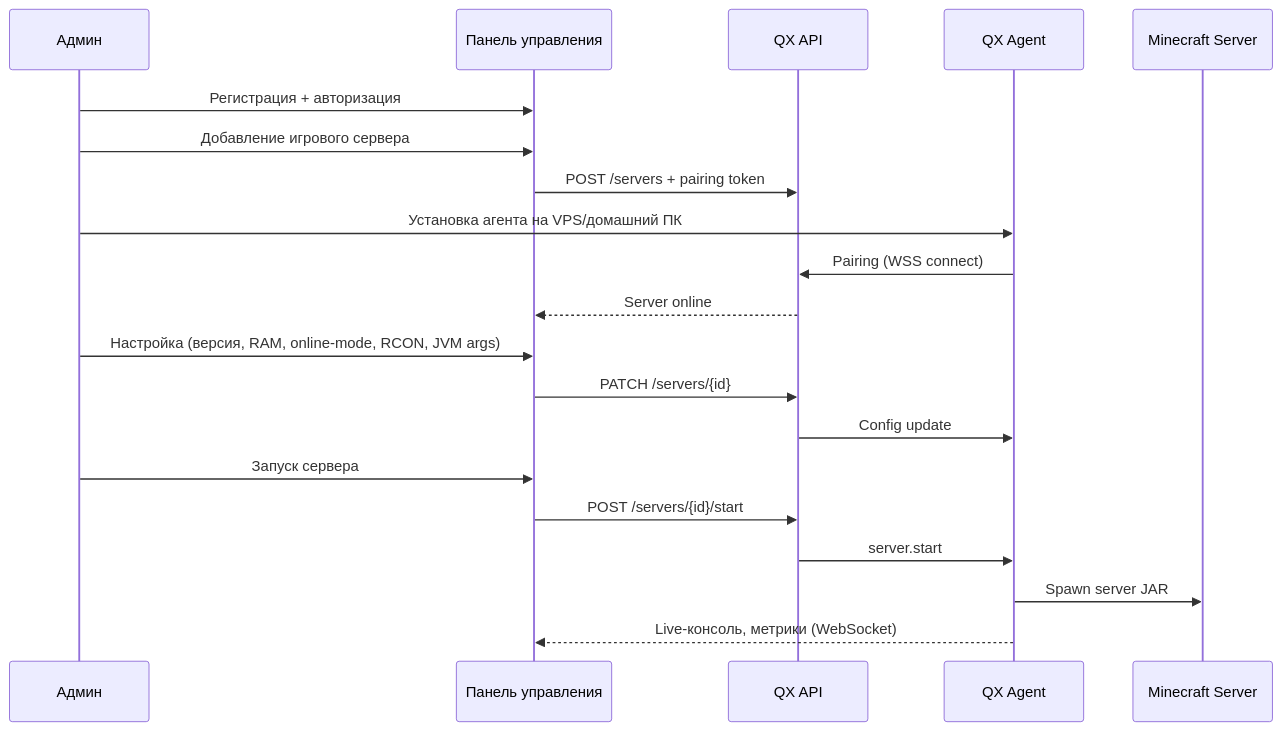
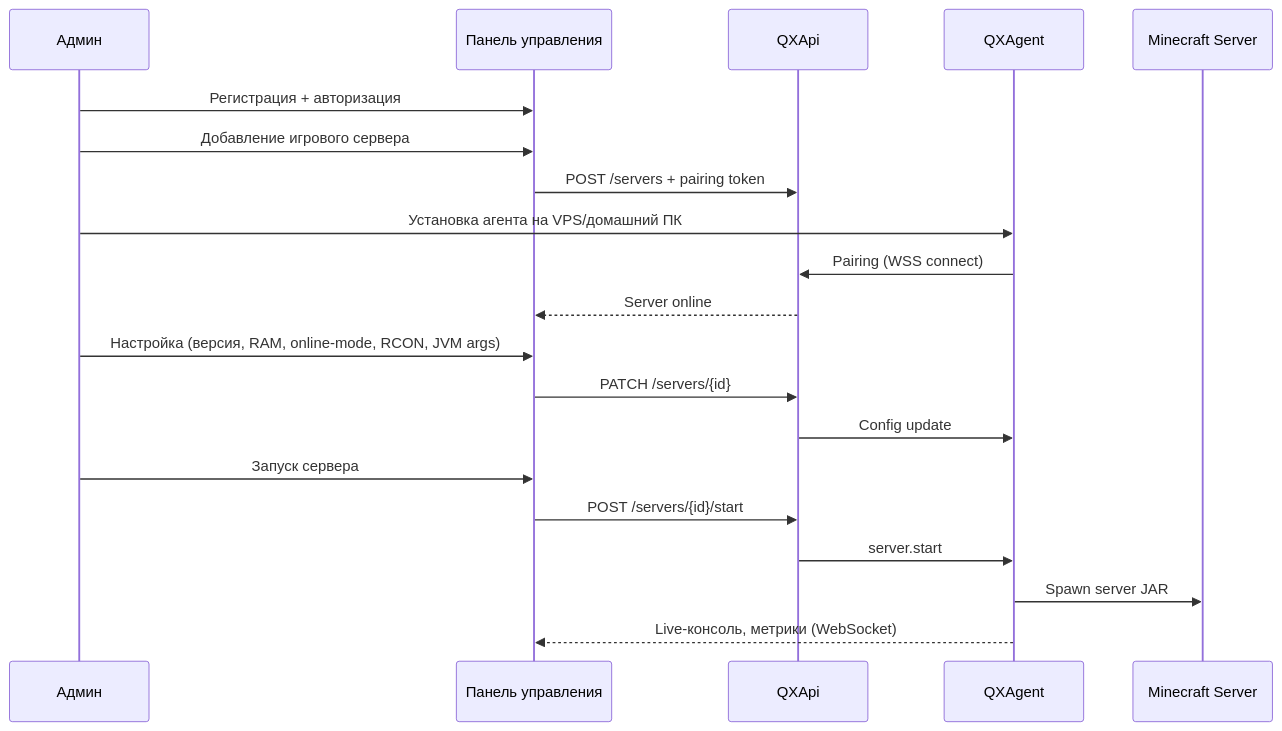
One commit to mindevis/qx-project changed the third of 16 diagrams in docs/architecture.md. Above: the diagram before and after it, drawn with Mermaid. The commit also changed other lines of this file and 14 other files, not shown here.

````diff
--- a/docs/architecture.md
+++ b/docs/architecture.md
@@ -171,25 +126,25 @@
 ```mermaid
 sequenceDiagram
     participant U as Админ
     participant Web as Панель управления
-    participant API as QX API
-    participant A as QX Agent
+    participant API as QXApi
+    participant A as QXAgent
     participant MC as Minecraft Server
 
     U->>Web: Регистрация + авторизация
     U->>Web: Добавление игрового сервера
     Web->>API: POST /servers + pairing token
     U->>A: Установка агента на VPS/домашний ПК
     A->>API: Pairing (WSS connect)
     API-->>Web: Server online
 
     U->>Web: Настройка (версия, RAM, online-mode, RCON, JVM args)
     Web->>API: PATCH /servers/{id}
     API->>A: Config update
 
     U->>Web: Запуск сервера
     Web->>API: POST /servers/{id}/start
     API->>A: server.start
     A->>MC: Spawn server JAR
     A-->>Web: Live-консоль, метрики (WebSocket)
 ```
````
